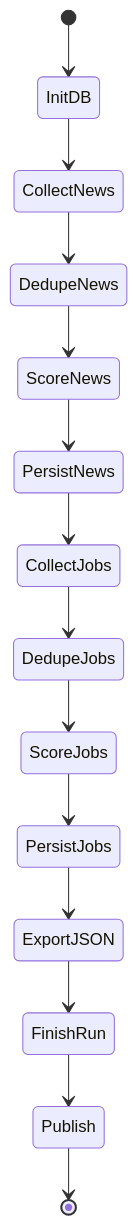
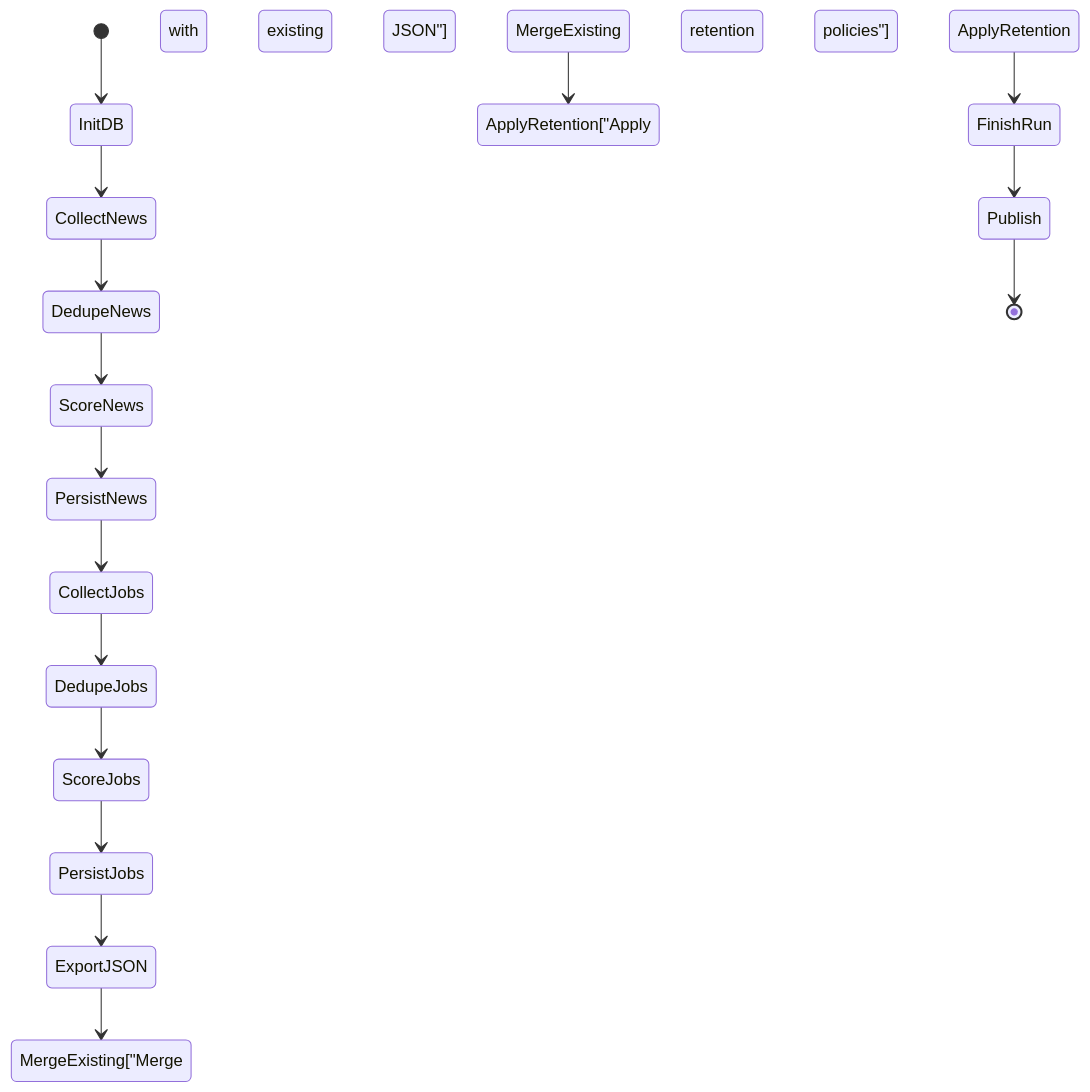
The sixth of 8 diagrams in .qoder/repowiki/en/content/Data Management/Data Management.md (shakthi-vinayak/news), drawn with Mermaid before and after one commit. The commit also changed other lines of this file and 55 other files, not shown here.

````diff
--- a/.qoder/repowiki/en/content/Data Management/Data Management.md
+++ b/.qoder/repowiki/en/content/Data Management/Data Management.md
@@ -266,16 +290,18 @@
 ```mermaid
 stateDiagram-v2
 [*] --> InitDB
 InitDB --> CollectNews
 CollectNews --> DedupeNews
 DedupeNews --> ScoreNews
 ScoreNews --> PersistNews
 PersistNews --> CollectJobs
 CollectJobs --> DedupeJobs
 DedupeJobs --> ScoreJobs
 ScoreJobs --> PersistJobs
 PersistJobs --> ExportJSON
-ExportJSON --> FinishRun
+ExportJSON --> MergeExisting["Merge with existing JSON"]
+MergeExisting --> ApplyRetention["Apply retention policies"]
+ApplyRetention --> FinishRun
 FinishRun --> Publish
 Publish --> [*]
 ```
````
